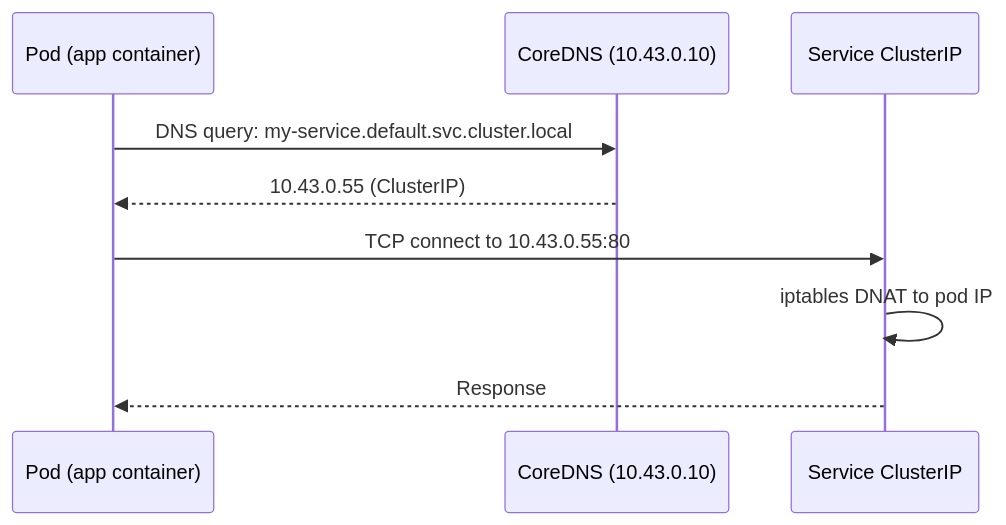
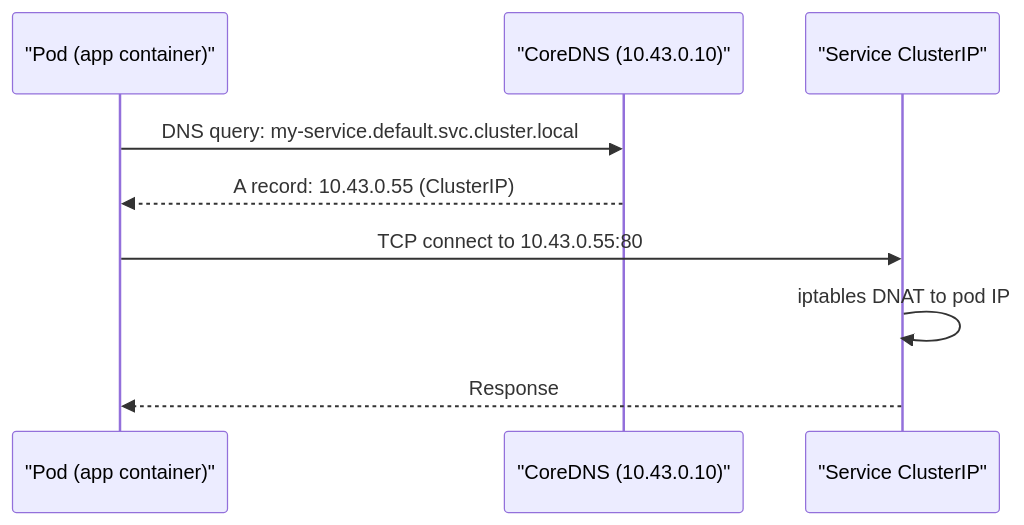
Before and after one commit to UncleJS/course_k3s: the eighth of 8 diagrams in 04_networking/02_service_types.md, drawn with Mermaid. The commit also changed other lines of this file and 45 other files, not shown here.

First line of the commit message:
Expand all course lessons: Mermaid diagrams + rich prose across 43 files

````diff
--- a/04_networking/02_service_types.md
+++ b/04_networking/02_service_types.md
@@ -258,12 +413,12 @@
 ```mermaid
 sequenceDiagram
-    participant POD as Pod (app container)
-    participant DNS as CoreDNS (10.43.0.10)
-    participant SVC as Service ClusterIP
+    participant POD as "Pod (app container)"
+    participant DNS as "CoreDNS (10.43.0.10)"
+    participant SVC as "Service ClusterIP"
 
     POD->>DNS: DNS query: my-service.default.svc.cluster.local
-    DNS-->>POD: 10.43.0.55 (ClusterIP)
+    DNS-->>POD: A record: 10.43.0.55 (ClusterIP)
     POD->>SVC: TCP connect to 10.43.0.55:80
     SVC->>SVC: iptables DNAT to pod IP
     SVC-->>POD: Response
 ```
````
